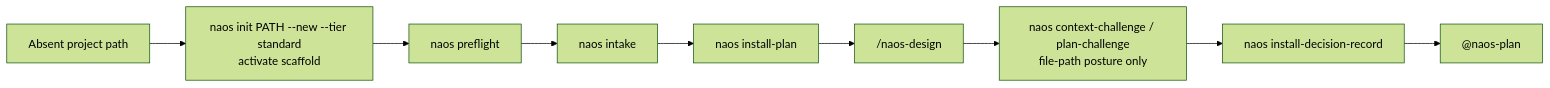
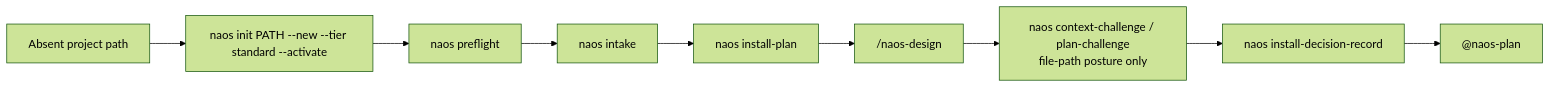
Before and after one commit to mfraile/naos-governance: the third of 10 diagrams in templates/structural-seeds/naos/NAOS_QUICK_REFERENCE.md, drawn with Mermaid (forest theme). The commit also changed other lines of this file and 243 other files, not shown here.

````diff
--- a/templates/structural-seeds/naos/NAOS_QUICK_REFERENCE.md
+++ b/templates/structural-seeds/naos/NAOS_QUICK_REFERENCE.md
@@ -312,11 +312,11 @@
 ```mermaid
 flowchart LR
-    A["Absent project path"] --> B["naos init PATH --new --tier standard\nactivate scaffold"]
+    A["Absent project path"] --> B["naos init PATH --new --tier standard --activate"]
     B --> C["naos preflight"]
     C --> D["naos intake"]
     D --> E["naos install-plan"]
     E --> F["/naos-design"]
     F --> G["naos context-challenge / plan-challenge\nfile-path posture only"]
     G --> H["naos install-decision-record"]
     H --> I["@naos-plan"]
 ```
````
